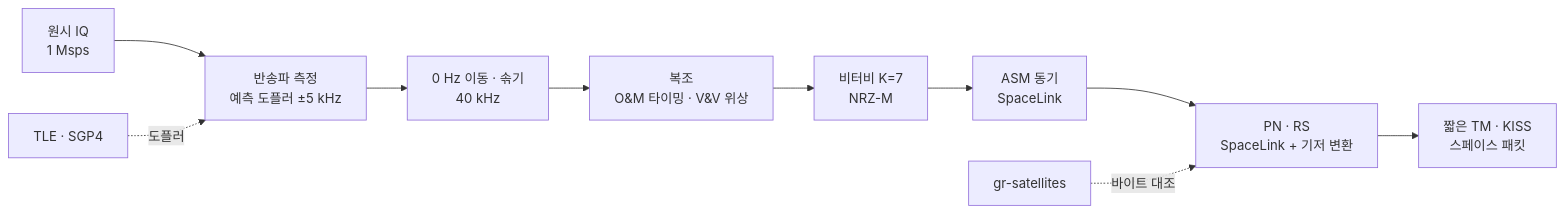
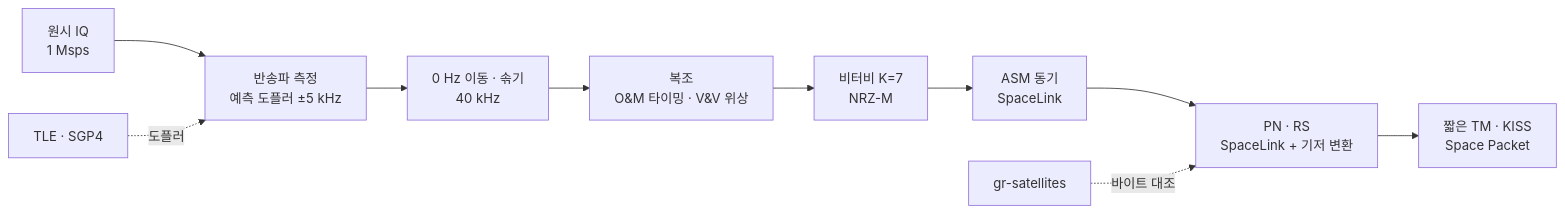
Before and after one commit to Haejyn/ground-station-rx: the diagram in README.md, drawn with Mermaid. The commit also changed other lines of this file, not shown here.

````diff
--- a/README.md
+++ b/README.md
@@ -25,12 +50,12 @@
 ```mermaid
 flowchart LR
     IQ["원시 IQ<br/>1 Msps"] --> C["반송파 측정<br/>예측 도플러 ±5 kHz"]
     C --> M["0 Hz 이동 · 솎기<br/>40 kHz"]
     M --> D["복조<br/>O&M 타이밍 · V&V 위상"]
     D --> V["비터비 K=7<br/>NRZ-M"]
     V --> S["ASM 동기<br/>SpaceLink"]
     S --> R["PN · RS<br/>SpaceLink + 기저 변환"]
-    R --> P["짧은 TM · KISS<br/>스페이스 패킷"]
+    R --> P["짧은 TM · KISS<br/>Space Packet"]
     T["TLE · SGP4"] -. 도플러 .-> C
     G["gr-satellites"] -. 바이트 대조 .-> R
 ```
````
